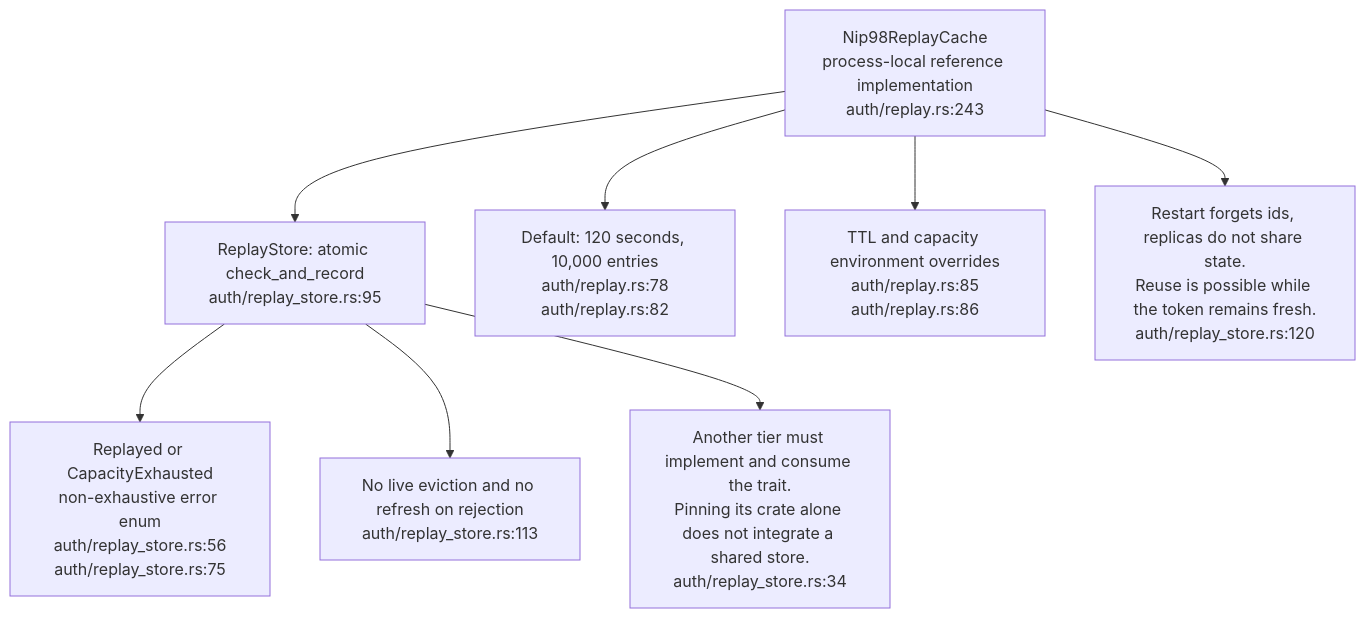
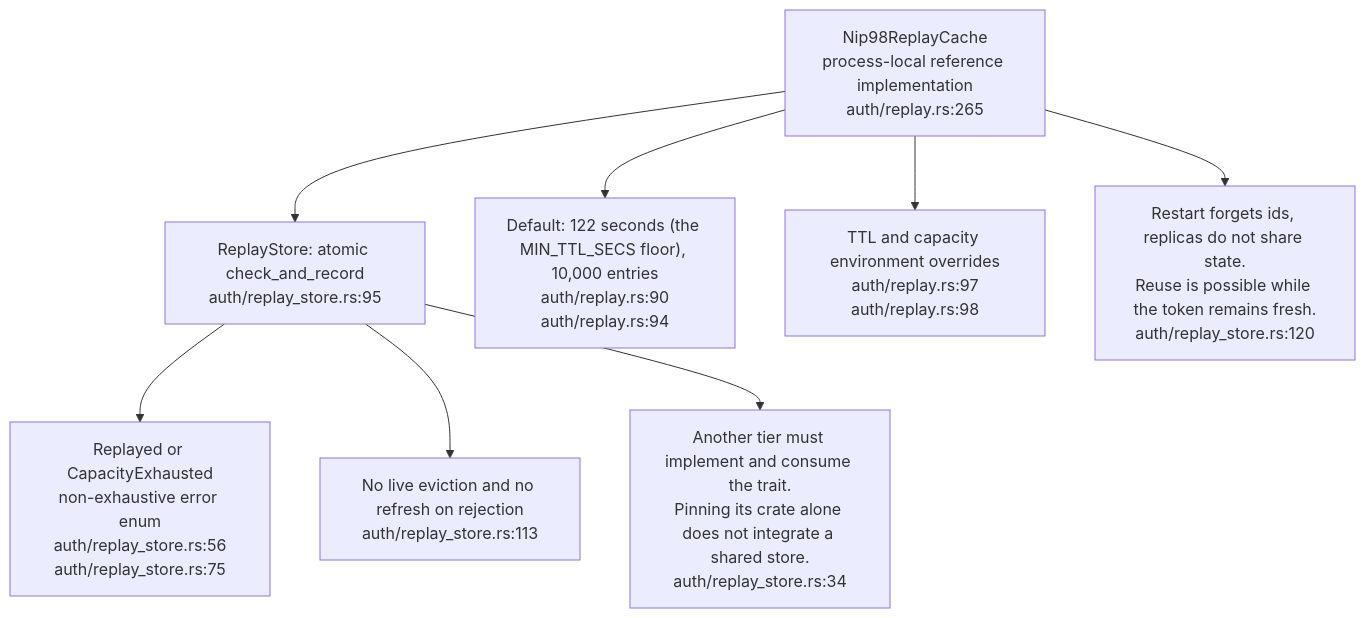
The fifth of 18 diagrams in docs/diagrams/solid-pod-rs/05-identity-nip98-did-oidc.md (DreamLab-AI/VisionFlow), drawn with Mermaid before and after one commit. The commit also changed other lines of this file and 2 other files, not shown here.

First line of the commit message:
docs(diagrams): SP-05, SP-11, SP-12 re-verified at solid-pod-rs a28a748

````diff
--- a/docs/diagrams/solid-pod-rs/05-identity-nip98-did-oidc.md
+++ b/docs/diagrams/solid-pod-rs/05-identity-nip98-did-oidc.md
@@ -181,33 +184,33 @@
 ```mermaid
 flowchart TD
     TRAIT["ReplayStore: atomic check_and_record
 auth/replay_store.rs:95"]
     CACHE["Nip98ReplayCache
 process-local reference implementation
-auth/replay.rs:243"]
+auth/replay.rs:265"]
     ERROR["Replayed or CapacityExhausted
 non-exhaustive error enum
 auth/replay_store.rs:56
 auth/replay_store.rs:75"]
     RETAIN["No live eviction and no refresh on rejection
 auth/replay_store.rs:113"]
-    DEFAULTS["Default: 120 seconds, 10,000 entries
-auth/replay.rs:78
-auth/replay.rs:82"]
+    DEFAULTS["Default: 122 seconds (the MIN_TTL_SECS floor), 10,000 entries
+auth/replay.rs:90
+auth/replay.rs:94"]
     ENV["TTL and capacity environment overrides
-auth/replay.rs:85
-auth/replay.rs:86"]
+auth/replay.rs:97
+auth/replay.rs:98"]
     LIMIT["Restart forgets ids, replicas do not share state.
 Reuse is possible while the token remains fresh.
 auth/replay_store.rs:120"]
     SEAM["Another tier must implement and consume the trait.
 Pinning its crate alone does not integrate a shared store.
 auth/replay_store.rs:34"]
     CACHE --> TRAIT
     TRAIT --> ERROR
     TRAIT --> RETAIN
     CACHE --> DEFAULTS
     CACHE --> ENV
     CACHE --> LIMIT
     TRAIT --> SEAM
 ```
````
